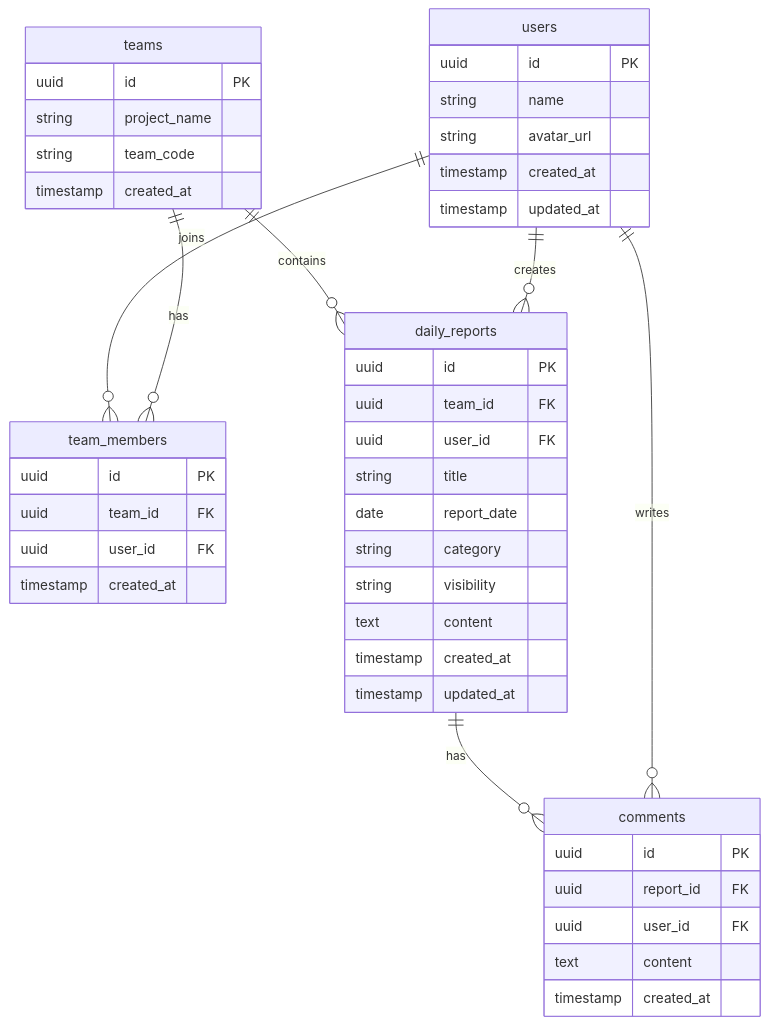
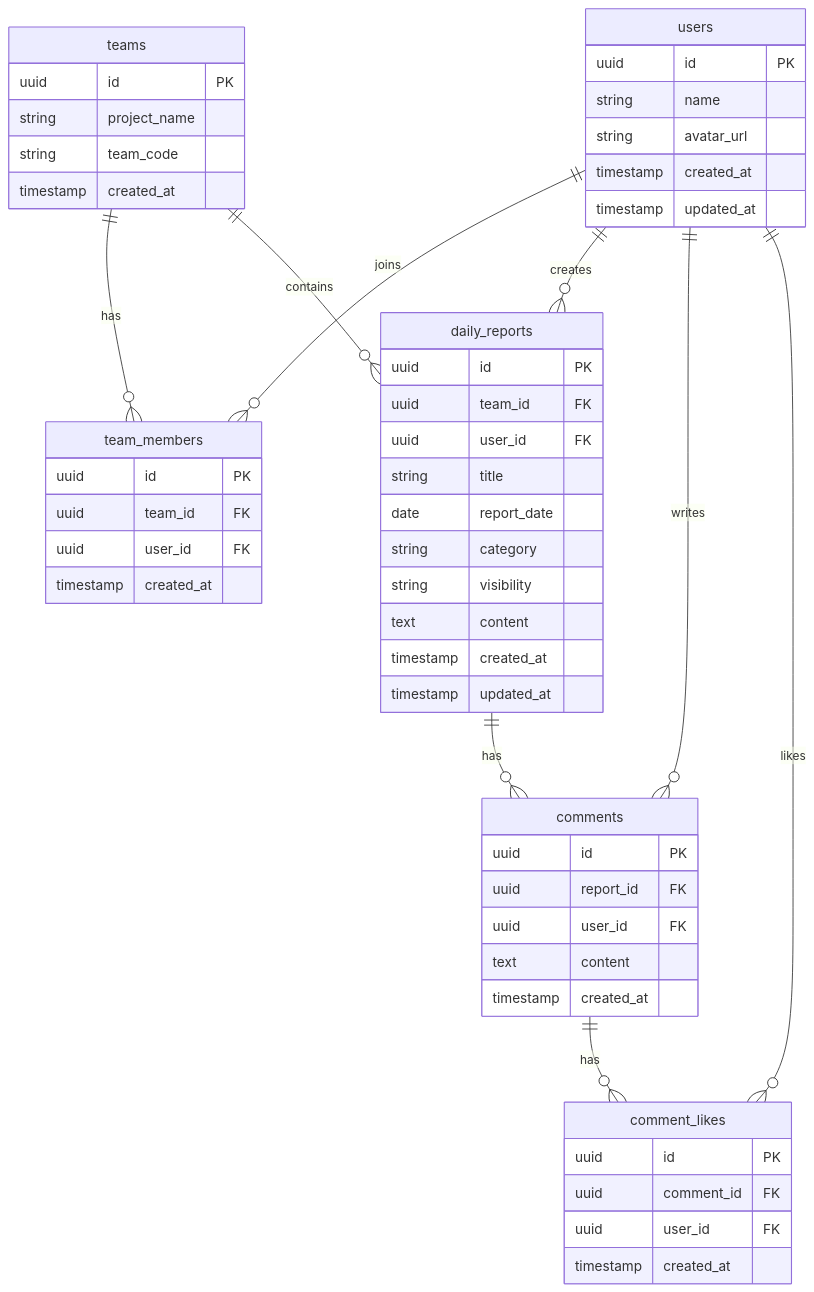
One commit to Nagitokuta/devstep-daily-report changed the diagram in README.md. Above: the diagram before and after it, drawn with Mermaid.

Commit message:
docs: README(ER図)更新

````diff
--- a/README.md
+++ b/README.md
@@ -113,53 +113,63 @@
 ```mermaid
 erDiagram
 
 users {
  uuid id PK
  string name
  string avatar_url
  timestamp created_at
  timestamp updated_at
 }
 
 teams {
  uuid id PK
  string project_name
  string team_code
  timestamp created_at
 }
 
 team_members {
  uuid id PK
  uuid team_id FK
  uuid user_id FK
  timestamp created_at
 }
 
 daily_reports {
  uuid id PK
  uuid team_id FK
  uuid user_id FK
  string title
  date report_date
  string category
  string visibility
  text content
  timestamp created_at
  timestamp updated_at
 }
 
 comments {
  uuid id PK
  uuid report_id FK
  uuid user_id FK
  text content
  timestamp created_at
 }
 
+comment_likes {
+ uuid id PK
+ uuid comment_id FK
+ uuid user_id FK
+ timestamp created_at
+}
+
 teams ||--o{ team_members : has
 users ||--o{ team_members : joins
 users ||--o{ daily_reports : creates
 users ||--o{ comments : writes
 daily_reports ||--o{ comments : has
 teams ||--o{ daily_reports : contains
+
+comments ||--o{ comment_likes : has
+users ||--o{ comment_likes : likes
 ```
````
